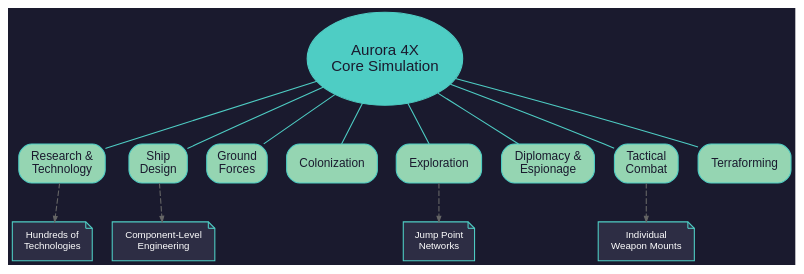
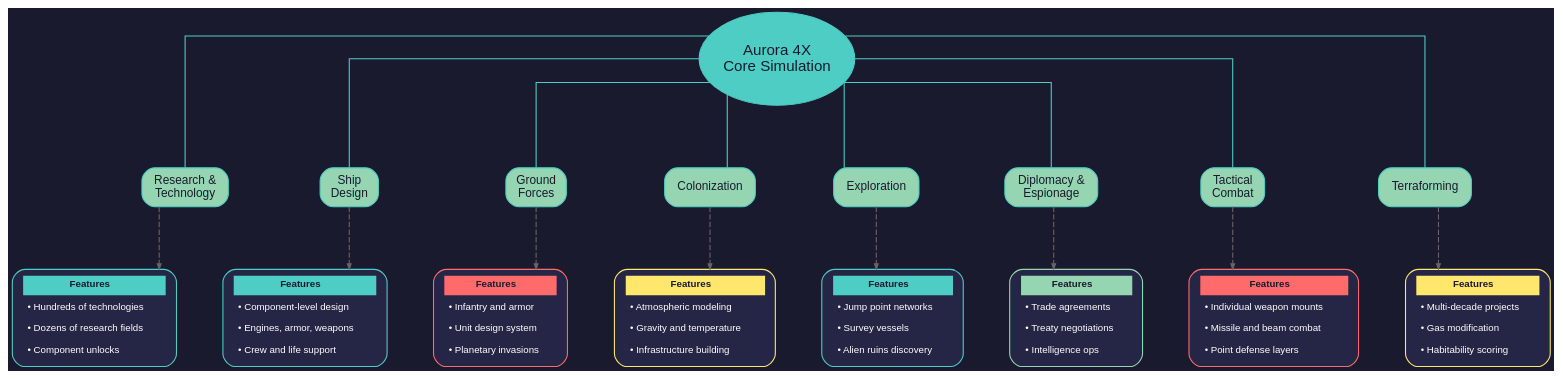
Before and after one commit to ErikEvenson/aurora-manual: the diagram in images/diagrams/1-introduction/1.1-feature-scope.dot, drawn with Graphviz. The commit also changed 1 other file, not shown here.

Commit message:
Add feature boxes to Figure 1.1.1 Feature Scope diagram
Each of the 8 simulation systems now has a detailed feature box:
- Research: technologies, fields, component unlocks
- Ship Design: component-level, engines/armor/weapons, crew
- Ground Forces: infantry/armor, unit design, invasions
- Colonization: atmosphere, gravity/temp, infrastructure
- Exploration: jump networks, survey vessels, ruins
- Diplomacy: trade, treaties, intelligence
- Combat: weapon mounts, missile/beam, point defense
- Terraforming: decades, gas modification, habitability

```diff
--- a/images/diagrams/1-introduction/1.1-feature-scope.dot
+++ b/images/diagrams/1-introduction/1.1-feature-scope.dot
@@ -2,6 +2,10 @@
     bgcolor="#1a1a2e"
     fontname="Helvetica"
     fontcolor="white"
+    rankdir=TB
+    splines=ortho
+    nodesep=0.6
+    ranksep=0.8
 
     node [
         fontname="Helvetica"
@@ -32,7 +36,7 @@
         height=1.2
     ]
 
-    // Eight major subsystems arranged radially
+    // Eight major subsystems
     research [
         label="Research &\nTechnology"
         fillcolor="#95d5b2"
@@ -91,16 +95,120 @@
     aurora -> tactical_combat [dir=none]
     aurora -> terraforming [dir=none]
 
-    // Sub-features for key systems
-    research_sub [label="Hundreds of\nTechnologies" shape=note fillcolor="#2d2d44" fontsize=9]
-    ship_sub [label="Component-Level\nEngineering" shape=note fillcolor="#2d2d44" fontsize=9]
-    combat_sub [label="Individual\nWeapon Mounts" shape=note fillcolor="#2d2d44" fontsize=9]
-    explore_sub [label="Jump Point\nNetworks" shape=note fillcolor="#2d2d44" fontsize=9]
+    // Feature boxes for each system
+    research_features [
+        label=<<table border="0" cellspacing="2" cellpadding="4">
+            <tr><td bgcolor="#4ecdc4" align="center"><font color="#1a1a2e"><b>Features</b></font></td></tr>
+            <tr><td align="left">• Hundreds of technologies</td></tr>
+            <tr><td align="left">• Dozens of research fields</td></tr>
+            <tr><td align="left">• Component unlocks</td></tr>
+        </table>>
+        shape=box
+        fillcolor="#252545"
+        color="#4ecdc4"
+        fontsize=9
+    ]
 
-    research -> research_sub [style=dashed color="#666666" arrowsize=0.5]
-    ship_design -> ship_sub [style=dashed color="#666666" arrowsize=0.5]
-    tactical_combat -> combat_sub [style=dashed color="#666666" arrowsize=0.5]
-    exploration -> explore_sub [style=dashed color="#666666" arrowsize=0.5]
+    ship_features [
+        label=<<table border="0" cellspacing="2" cellpadding="4">
+            <tr><td bgcolor="#4ecdc4" align="center"><font color="#1a1a2e"><b>Features</b></font></td></tr>
+            <tr><td align="left">• Component-level design</td></tr>
+            <tr><td align="left">• Engines, armor, weapons</td></tr>
+            <tr><td align="left">• Crew and life support</td></tr>
+        </table>>
+        shape=box
+        fillcolor="#252545"
+        color="#4ecdc4"
+        fontsize=9
+    ]
+
+    ground_features [
+        label=<<table border="0" cellspacing="2" cellpadding="4">
+            <tr><td bgcolor="#ff6b6b" align="center"><font color="#1a1a2e"><b>Features</b></font></td></tr>
+            <tr><td align="left">• Infantry and armor</td></tr>
+            <tr><td align="left">• Unit design system</td></tr>
+            <tr><td align="left">• Planetary invasions</td></tr>
+        </table>>
+        shape=box
+        fillcolor="#252545"
+        color="#ff6b6b"
+        fontsize=9
+    ]
+
+    colony_features [
+        label=<<table border="0" cellspacing="2" cellpadding="4">
+            <tr><td bgcolor="#ffe66d" align="center"><font color="#1a1a2e"><b>Features</b></font></td></tr>
+            <tr><td align="left">• Atmospheric modeling</td></tr>
+            <tr><td align="left">• Gravity and temperature</td></tr>
+            <tr><td align="left">• Infrastructure building</td></tr>
+        </table>>
+        shape=box
+        fillcolor="#252545"
+        color="#ffe66d"
+        fontsize=9
+    ]
+
+    explore_features [
+        label=<<table border="0" cellspacing="2" cellpadding="4">
+            <tr><td bgcolor="#4ecdc4" align="center"><font color="#1a1a2e"><b>Features</b></font></td></tr>
+            <tr><td align="left">• Jump point networks</td></tr>
+            <tr><td align="left">• Survey vessels</td></tr>
+            <tr><td align="left">• Alien ruins discovery</td></tr>
+        </table>>
+        shape=box
+        fillcolor="#252545"
+        color="#4ecdc4"
+        fontsize=9
+    ]
+
+    diplo_features [
+        label=<<table border="0" cellspacing="2" cellpadding="4">
+            <tr><td bgcolor="#95d5b2" align="center"><font color="#1a1a2e"><b>Features</b></font></td></tr>
+            <tr><td align="left">• Trade agreements</td></tr>
+            <tr><td align="left">• Treaty negotiations</td></tr>
+            <tr><td align="left">• Intelligence ops</td></tr>
+        </table>>
+        shape=box
+        fillcolor="#252545"
+        color="#95d5b2"
+        fontsize=9
+    ]
+
+    combat_features [
+        label=<<table border="0" cellspacing="2" cellpadding="4">
+            <tr><td bgcolor="#ff6b6b" align="center"><font color="#1a1a2e"><b>Features</b></font></td></tr>
+            <tr><td align="left">• Individual weapon mounts</td></tr>
+            <tr><td align="left">• Missile and beam combat</td></tr>
+            <tr><td align="left">• Point defense layers</td></tr>
+        </table>>
+        shape=box
+        fillcolor="#252545"
+        color="#ff6b6b"
+        fontsize=9
+    ]
+
+    terra_features [
+        label=<<table border="0" cellspacing="2" cellpadding="4">
+            <tr><td bgcolor="#ffe66d" align="center"><font color="#1a1a2e"><b>Features</b></font></td></tr>
+            <tr><td align="left">• Multi-decade projects</td></tr>
+            <tr><td align="left">• Gas modification</td></tr>
+            <tr><td align="left">• Habitability scoring</td></tr>
+        </table>>
+        shape=box
+        fillcolor="#252545"
+        color="#ffe66d"
+        fontsize=9
+    ]
+
+    // Connect feature boxes
+    research -> research_features [style=dashed color="#666666" arrowsize=0.5]
+    ship_design -> ship_features [style=dashed color="#666666" arrowsize=0.5]
+    ground_forces -> ground_features [style=dashed color="#666666" arrowsize=0.5]
+    colonization -> colony_features [style=dashed color="#666666" arrowsize=0.5]
+    exploration -> explore_features [style=dashed color="#666666" arrowsize=0.5]
+    diplomacy -> diplo_features [style=dashed color="#666666" arrowsize=0.5]
+    tactical_combat -> combat_features [style=dashed color="#666666" arrowsize=0.5]
+    terraforming -> terra_features [style=dashed color="#666666" arrowsize=0.5]
 
     // Layout hints
     {rank=same; research; ship_design}
```
